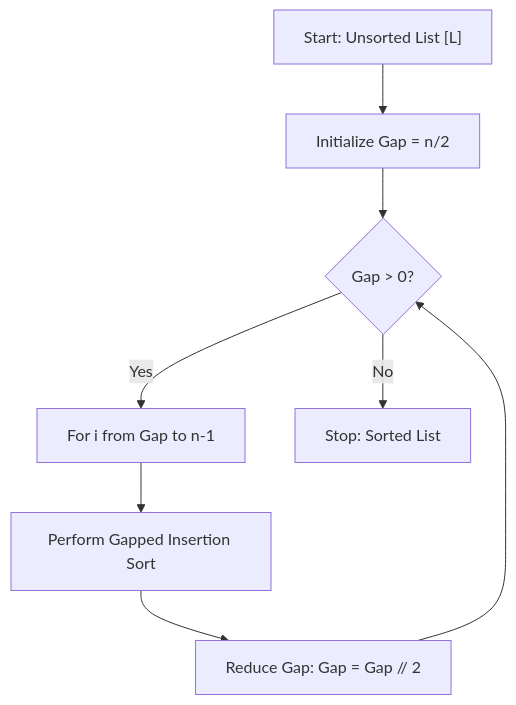
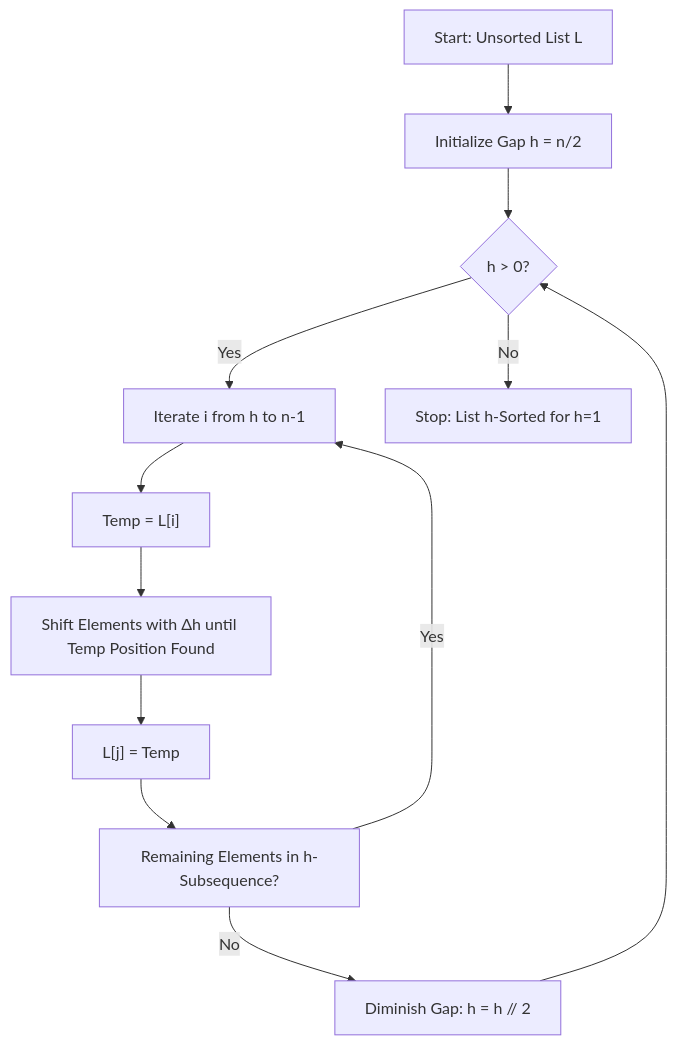
One commit to Amey-Thakur/PYTHON-SHORTS changed the first of 2 diagrams in Source Code/Shell Sort/README.md. Above: the diagram before and after it, drawn with Mermaid. The commit also changed other lines of this file, not shown here.

Commit message:
Python Shorts

````diff
--- a/Source Code/Shell Sort/README.md
+++ b/Source Code/Shell Sort/README.md
@@ -52,10 +55,14 @@
 ```mermaid
-graph TD
-    A["Start: Unsorted List [L]"] --> B[Initialize Gap = n/2]
-    B --> C{Gap > 0?}
-    C -- Yes --> D["For i from Gap to n-1"]
-    D --> E[Perform Gapped Insertion Sort]
-    E --> F[Reduce Gap: Gap = Gap // 2]
-    F --> C
-    C -- No --> G["Stop: Sorted List"]
+flowchart TD
+    A["Start: Unsorted List L"] --> B["Initialize Gap h = n/2"]
+    B --> C{"h > 0?"}
+    C -- "Yes" --> D["Iterate i from h to n-1"]
+    D --> E["Temp = L[i]"]
+    E --> F["Shift Elements with Δh until Temp Position Found"]
+    F --> G["L[j] = Temp"]
+    G --> H["Remaining Elements in h-Subsequence?"]
+    H -- "Yes" --> D
+    H -- "No" --> I["Diminish Gap: h = h // 2"]
+    I --> C
+    C -- "No" --> J["Stop: List h-Sorted for h=1"]
 ```
````
